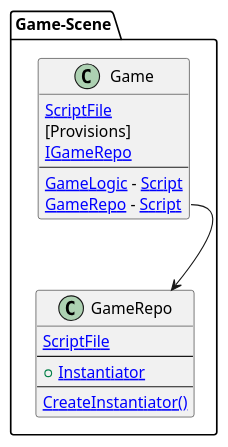
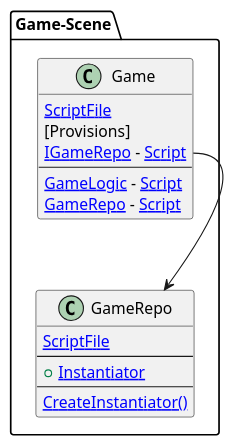
The diagram in src/Chickensoft.UMLGenerator.Tests/Snapshots/BaseProject_Rider_Game.verified.puml (chickensoft-games/UMLGenerator), drawn with PlantUML before and after one commit. The commit also changed 5 other files, not shown here.

```diff
--- a/src/Chickensoft.UMLGenerator.Tests/Snapshots/BaseProject_Rider_Game.verified.puml
+++ b/src/Chickensoft.UMLGenerator.Tests/Snapshots/BaseProject_Rider_Game.verified.puml
@@ -1,26 +1,26 @@
 @startuml
 
 package Game-Scene [[../../TestCases/BaseProject_Rider/Game.tscn]] {
 	
 class Game  {
 	[[../../Game/Game.cs ScriptFile]]
 	[Provisions]
-	[[../../Game/Game.cs:15 IGameRepo]]
+	[[../../Game/Game.cs:15 IGameRepo]] - [[../../TestCases/BaseProject_Rider/Domain/GameRepo.cs Script]]
 --
 [[../../Game/Game.cs:22 GameLogic]] - [[../../TestCases/BaseProject_Rider/Logic/GameLogic.cs Script]]
 	[[../../Game/Game.cs:21 GameRepo]] - [[../../TestCases/BaseProject_Rider/Domain/GameRepo.cs Script]]
 }
 
 	
 class GameRepo  {
 	[[../../TestCases/BaseProject_Rider/Domain/GameRepo.cs ScriptFile]]
 --
 + [[../../TestCases/BaseProject_Rider/Domain/GameRepo.cs:15 Instantiator]]
 --
 [[../../TestCases/BaseProject_Rider/Domain/GameRepo.cs:17 CreateInstantiator()]]
 }
 
 	Game::GameRepo --> GameRepo
 }
 
 @enduml
```
